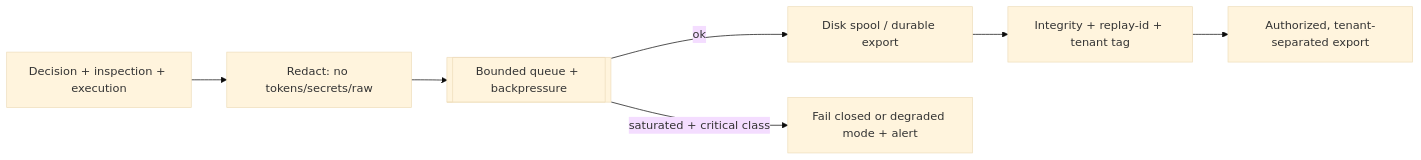
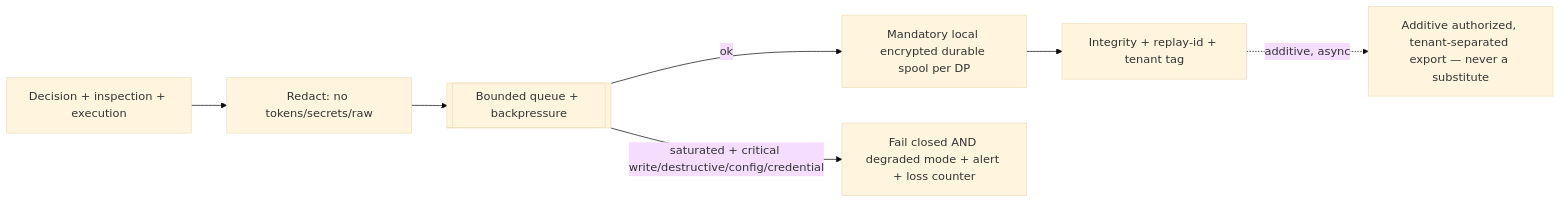
Before and after one commit to KidCarmi/Culvert: the ninth of 15 diagrams in docs/design/mcp/DATA-FLOW-DIAGRAMS.md, drawn with Mermaid (base theme). The commit also changed other lines of this file and 16 other files, not shown here.

````diff
--- a/docs/design/mcp/DATA-FLOW-DIAGRAMS.md
+++ b/docs/design/mcp/DATA-FLOW-DIAGRAMS.md
@@ -162,9 +162,9 @@
 ```mermaid
 flowchart LR
   DEC[Decision + inspection + execution] --> RDX[Redact: no tokens/secrets/raw]
   RDX --> Q[[Bounded queue + backpressure]]
-  Q -->|ok| SPOOL[Disk spool / durable export]
-  Q -->|saturated + critical class| FC[Fail closed or degraded mode + alert]
+  Q -->|ok| SPOOL[Mandatory local encrypted durable spool per DP]
+  Q -->|saturated + critical write/destructive/config/credential| FC[Fail closed AND degraded mode + alert + loss counter]
   SPOOL --> INT[Integrity + replay-id + tenant tag]
-  INT --> EXP[Authorized, tenant-separated export]
+  INT -. additive, async .-> EXP[Additive authorized, tenant-separated export — never a substitute]
 ```
````
